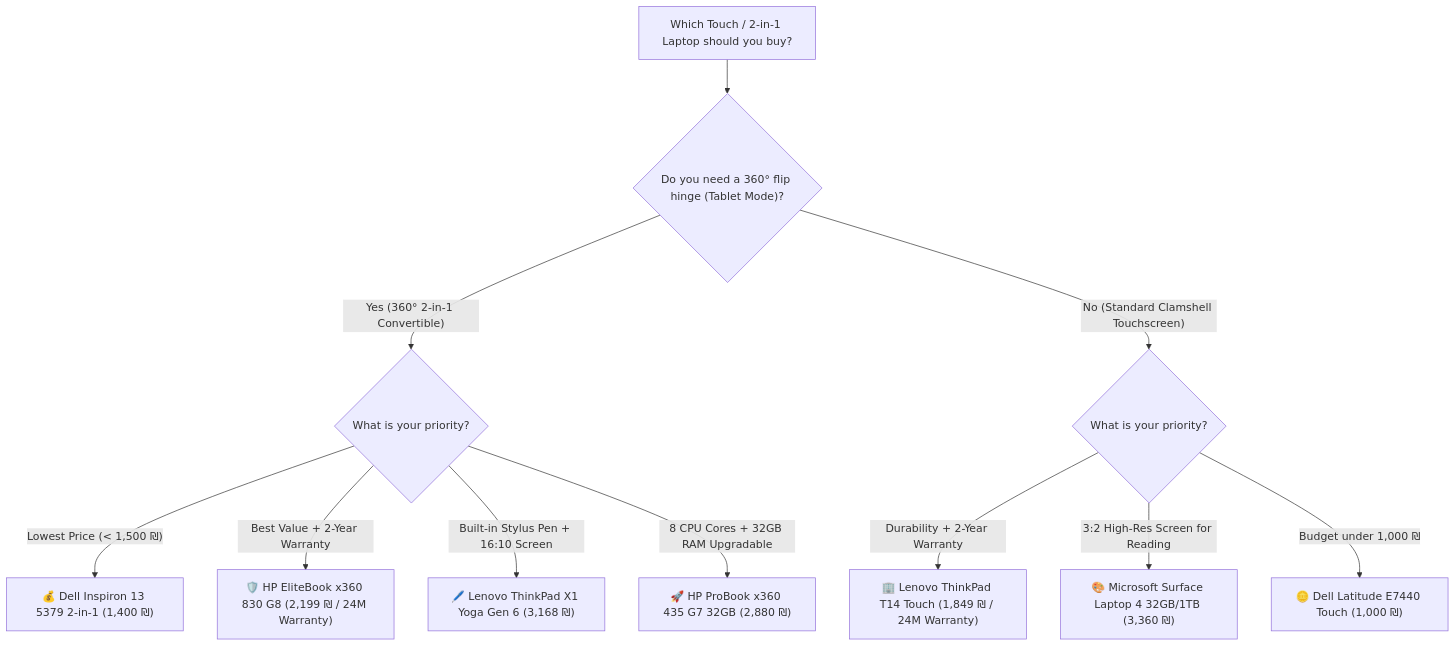
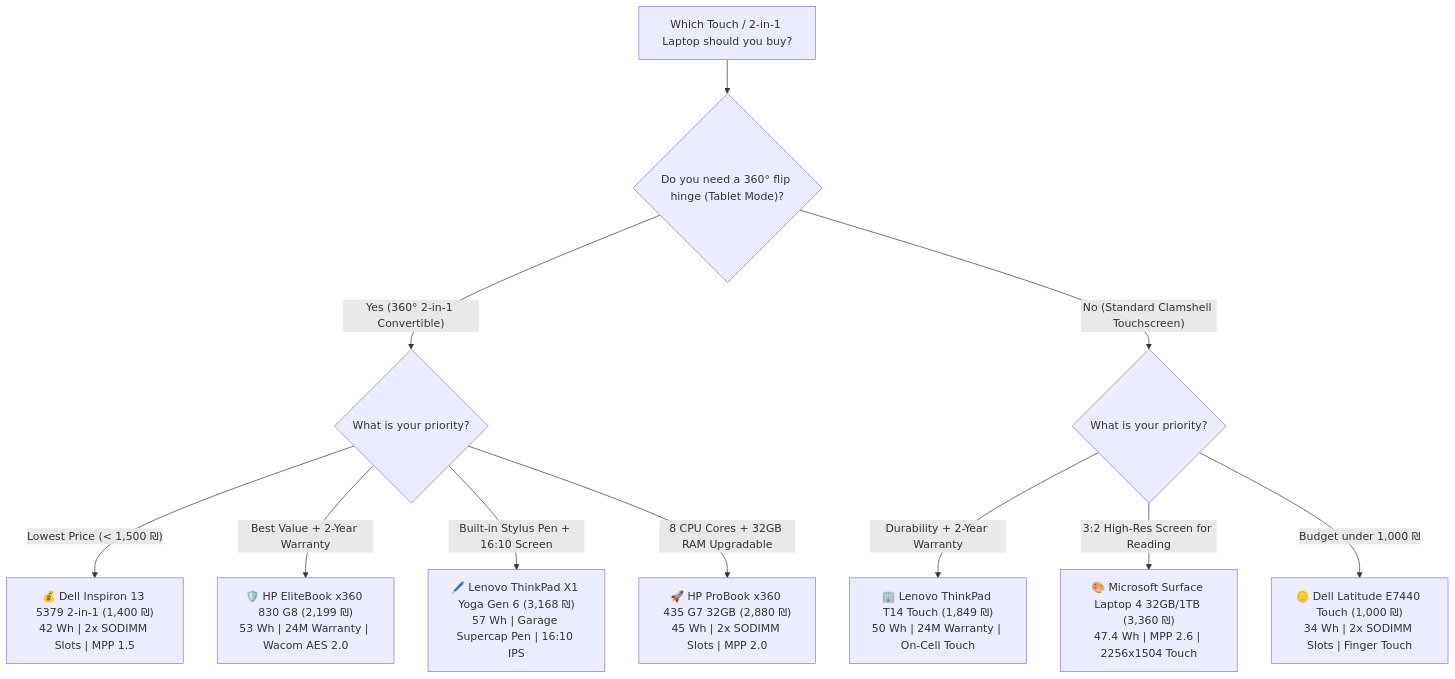
One commit to elonuziel/second-hand-pc changed the diagram in 2in1_and_touch_laptops_guide.md. Above: the diagram before and after it, drawn with Mermaid. The commit also changed other lines of this file, not shown here.

Commit message:
docs: add pen technology type, battery capacity, and drain metrics to 2in1 guide

````diff
--- a/2in1_and_touch_laptops_guide.md
+++ b/2in1_and_touch_laptops_guide.md
@@ -103,16 +109,16 @@
 ```mermaid
 graph TD
     Start["Which Touch / 2-in-1 Laptop should you buy?"] --> Hinge{"Do you need a 360° flip hinge (Tablet Mode)?"}
     
     Hinge -- "Yes (360° 2-in-1 Convertible)" --> Budget{"What is your priority?"}
     Hinge -- "No (Standard Clamshell Touchscreen)" --> TouchUse{"What is your priority?"}
     
-    Budget -- "Lowest Price (< 1,500 ₪)" --> B0["💰 Dell Inspiron 13 5379 2-in-1 (1,400 ₪)"]
-    Budget -- "Best Value + 2-Year Warranty" --> B1["🛡️ HP EliteBook x360 830 G8 (2,199 ₪ / 24M Warranty)"]
-    Budget -- "Built-in Stylus Pen + 16:10 Screen" --> B2["🖊️ Lenovo ThinkPad X1 Yoga Gen 6 (3,168 ₪)"]
-    Budget -- "8 CPU Cores + 32GB RAM Upgradable" --> B3["🚀 HP ProBook x360 435 G7 32GB (2,880 ₪)"]
+    Budget -- "Lowest Price (< 1,500 ₪)" --> B0["💰 Dell Inspiron 13 5379 2-in-1 (1,400 ₪)<br>42 Wh | 2x SODIMM Slots | MPP 1.5"]
+    Budget -- "Best Value + 2-Year Warranty" --> B1["🛡️ HP EliteBook x360 830 G8 (2,199 ₪)<br>53 Wh | 24M Warranty | Wacom AES 2.0"]
+    Budget -- "Built-in Stylus Pen + 16:10 Screen" --> B2["🖊️ Lenovo ThinkPad X1 Yoga Gen 6 (3,168 ₪)<br>57 Wh | Garage Supercap Pen | 16:10 IPS"]
+    Budget -- "8 CPU Cores + 32GB RAM Upgradable" --> B3["🚀 HP ProBook x360 435 G7 32GB (2,880 ₪)<br>45 Wh | 2x SODIMM Slots | MPP 2.0"]
     
-    TouchUse -- "Durability + 2-Year Warranty" --> T1["🏢 Lenovo ThinkPad T14 Touch (1,849 ₪ / 24M Warranty)"]
-    TouchUse -- "3:2 High-Res Screen for Reading" --> T2["🎨 Microsoft Surface Laptop 4 32GB/1TB (3,360 ₪)"]
-    TouchUse -- "Budget under 1,000 ₪" --> T3["🪙 Dell Latitude E7440 Touch (1,000 ₪)"]
+    TouchUse -- "Durability + 2-Year Warranty" --> T1["🏢 Lenovo ThinkPad T14 Touch (1,849 ₪)<br>50 Wh | 24M Warranty | On-Cell Touch"]
+    TouchUse -- "3:2 High-Res Screen for Reading" --> T2["🎨 Microsoft Surface Laptop 4 32GB/1TB (3,360 ₪)<br>47.4 Wh | MPP 2.6 | 2256x1504 Touch"]
+    TouchUse -- "Budget under 1,000 ₪" --> T3["🪙 Dell Latitude E7440 Touch (1,000 ₪)<br>34 Wh | 2x SODIMM Slots | Finger Touch"]
 ```
````
